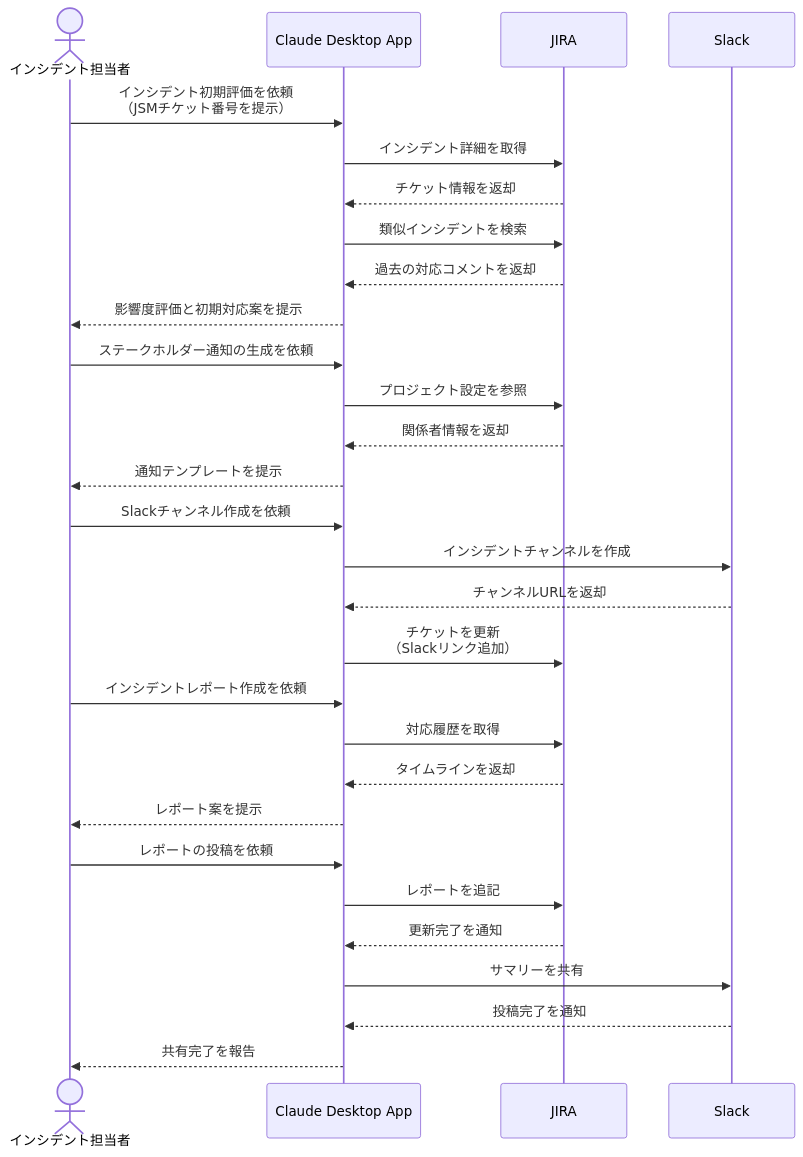
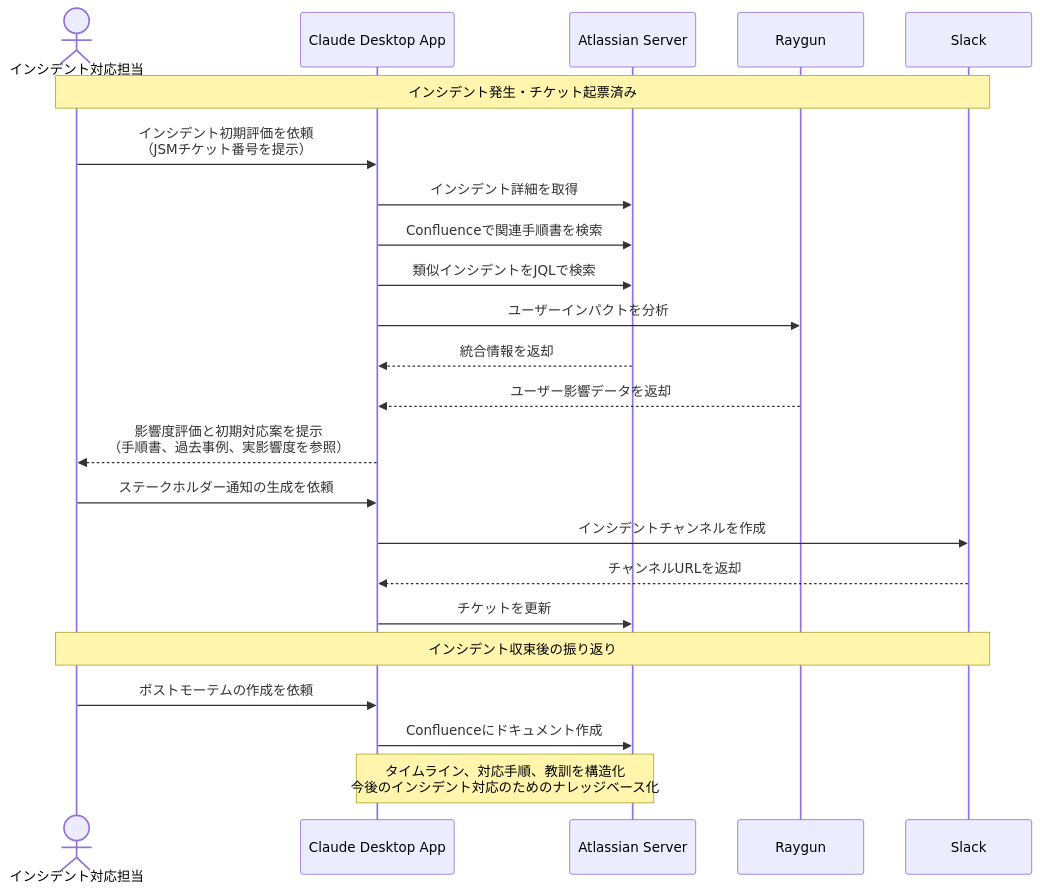
Before and after one commit to po-shu/mcp-100-ideas: the diagram in docs/02_プロジェクト/インシデント対応の意思決定を支援する.md, drawn with Mermaid. The commit also changed other lines of this file and 2 other files, not shown here.

Commit message:
docs: utilize the latest community server, 01,02

````diff
--- a/docs/02_プロジェクト/インシデント対応の意思決定を支援する.md
+++ b/docs/02_プロジェクト/インシデント対応の意思決定を支援する.md
@@ -16,32 +17,30 @@
 ```mermaid
 sequenceDiagram
-    actor User as インシデント担当者
+    actor Manager as インシデント対応担当
     participant CAP as Claude Desktop App
-    participant JIRA as JIRA
+    participant Atlassian as Atlassian Server
+    participant Raygun as Raygun
     participant Slack as Slack
 
-    User->>CAP: インシデント初期評価を依頼<br>（JSMチケット番号を提示）
-    CAP->>JIRA: インシデント詳細を取得
-    JIRA-->>CAP: チケット情報を返却
-    CAP->>JIRA: 類似インシデントを検索
-    JIRA-->>CAP: 過去の対応コメントを返却
-    CAP-->>User: 影響度評価と初期対応案を提示
-    User->>CAP: ステークホルダー通知の生成を依頼
-    CAP->>JIRA: プロジェクト設定を参照
-    JIRA-->>CAP: 関係者情報を返却
-    CAP-->>User: 通知テンプレートを提示
-    User->>CAP: Slackチャンネル作成を依頼
+    Note over Manager,Slack: インシデント発生・チケット起票済み
+    Manager->>CAP: インシデント初期評価を依頼<br>（JSMチケット番号を提示）
+    
+    CAP->>Atlassian: インシデント詳細を取得
+    CAP->>Atlassian: Confluenceで関連手順書を検索
+    CAP->>Atlassian: 類似インシデントをJQLで検索
+    CAP->>Raygun: ユーザーインパクトを分析
+    Atlassian-->>CAP: 統合情報を返却
+    Raygun-->>CAP: ユーザー影響データを返却
+    
+    CAP-->>Manager: 影響度評価と初期対応案を提示<br>（手順書、過去事例、実影響度を参照）
+    
+    Manager->>CAP: ステークホルダー通知の生成を依頼
     CAP->>Slack: インシデントチャンネルを作成
     Slack-->>CAP: チャンネルURLを返却
-    CAP->>JIRA: チケットを更新<br>（Slackリンク追加）
-    User->>CAP: インシデントレポート作成を依頼
-    CAP->>JIRA: 対応履歴を取得
-    JIRA-->>CAP: タイムラインを返却
-    CAP-->>User: レポート案を提示
-    User->>CAP: レポートの投稿を依頼
-    CAP->>JIRA: レポートを追記
-    JIRA-->>CAP: 更新完了を通知
-    CAP->>Slack: サマリーを共有
-    Slack-->>CAP: 投稿完了を通知
-    CAP-->>User: 共有完了を報告
+    CAP->>Atlassian: チケットを更新
+
+    Note over Manager,Slack: インシデント収束後の振り返り
+    Manager->>CAP: ポストモーテムの作成を依頼
+    CAP->>Atlassian: Confluenceにドキュメント作成
+    Note over CAP,Atlassian: タイムライン、対応手順、教訓を構造化<br>今後のインシデント対応のためのナレッジベース化
 ```
````
